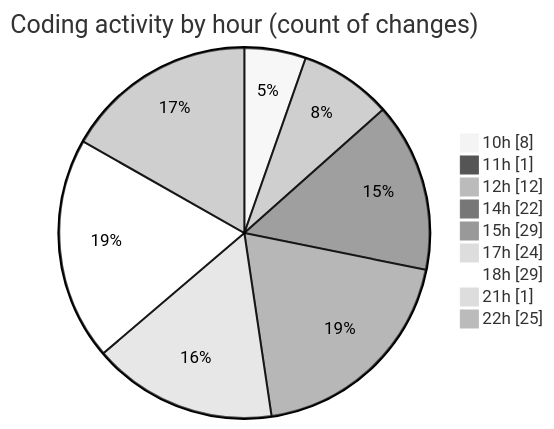
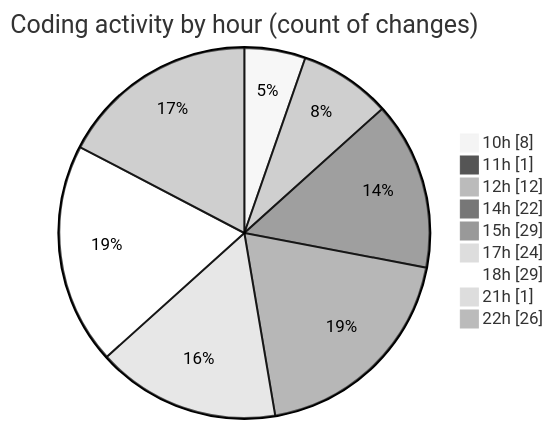
Before and after one commit to momahboobian/code-tracking: the second of 2 diagrams in 2025-07-31/cda/README.md, drawn with Mermaid (neutral theme). The commit also changed other lines of this file and 1 other file, not shown here.

````diff
--- a/2025-07-31/cda/README.md
+++ b/2025-07-31/cda/README.md
@@ -41,13 +41,13 @@
 ```mermaid
 pie showData
 title Coding activity by hour (count of changes)
 "10h" : 8
 "11h" : 1
 "12h" : 12
 "14h" : 22
 "15h" : 29
 "17h" : 24
 "18h" : 29
 "21h" : 1
-"22h" : 25
+"22h" : 26
 ```
````
